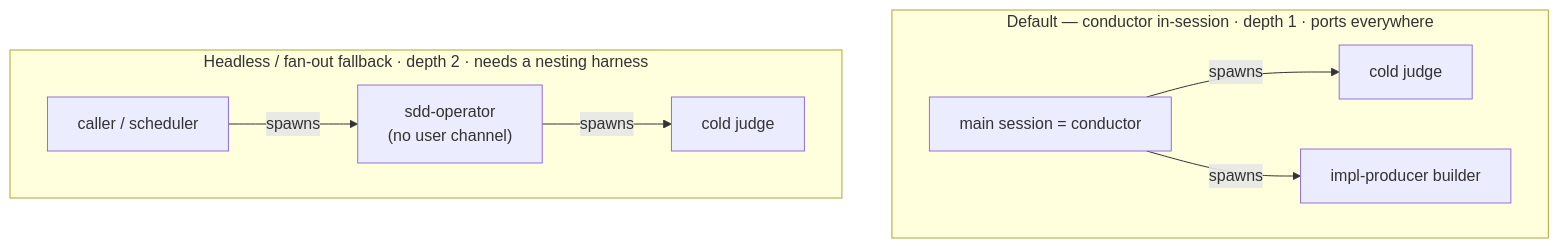
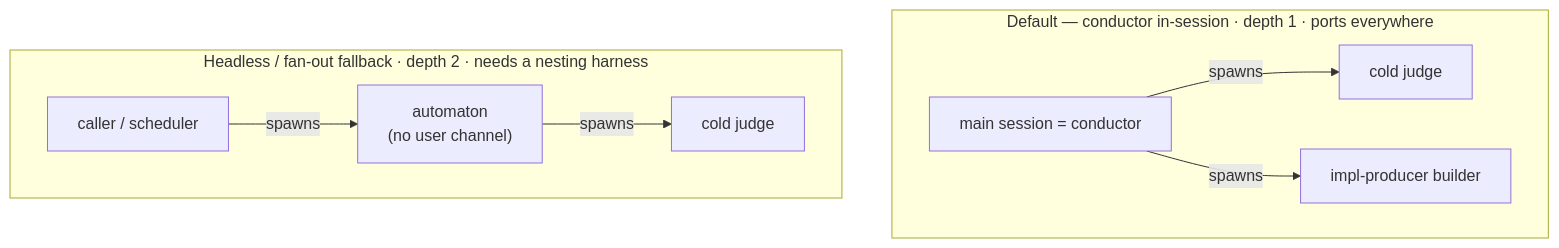
The diagram in .agents/specs/sdd/design/harness-spawning.md (cyberuni/cyber-sdd), drawn with Mermaid before and after one commit. The commit also changed other lines of this file and 26 other files, not shown here.

First line of the commit message:
refactor(sdd): retire "operator", rename to conductor (role) / automaton (agent)

````diff
--- a/.agents/specs/sdd/design/harness-spawning.md
+++ b/.agents/specs/sdd/design/harness-spawning.md
@@ -14,11 +14,11 @@
 ```mermaid
 flowchart TD
     subgraph DEFAULT["Default — conductor in-session · depth 1 · ports everywhere"]
         M["main session = conductor"] -->|spawns| J1["cold judge"]
         M -->|spawns| B1["impl-producer builder"]
     end
     subgraph HEADLESS["Headless / fan-out fallback · depth 2 · needs a nesting harness"]
-        C["caller / scheduler"] -->|spawns| OP["sdd-operator<br/>(no user channel)"]
+        C["caller / scheduler"] -->|spawns| OP["automaton<br/>(no user channel)"]
         OP -->|spawns| J2["cold judge"]
     end
 ```
````
